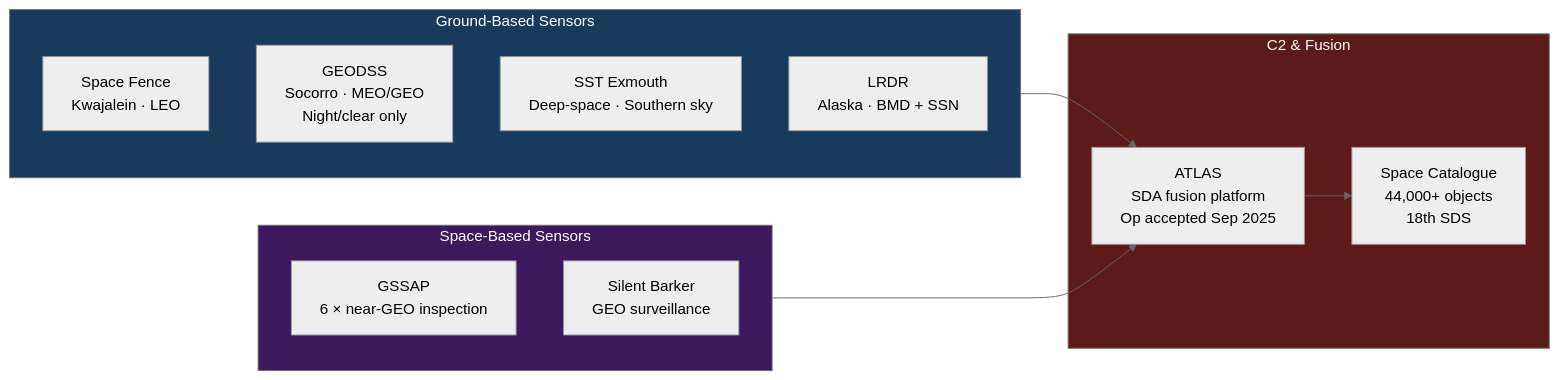
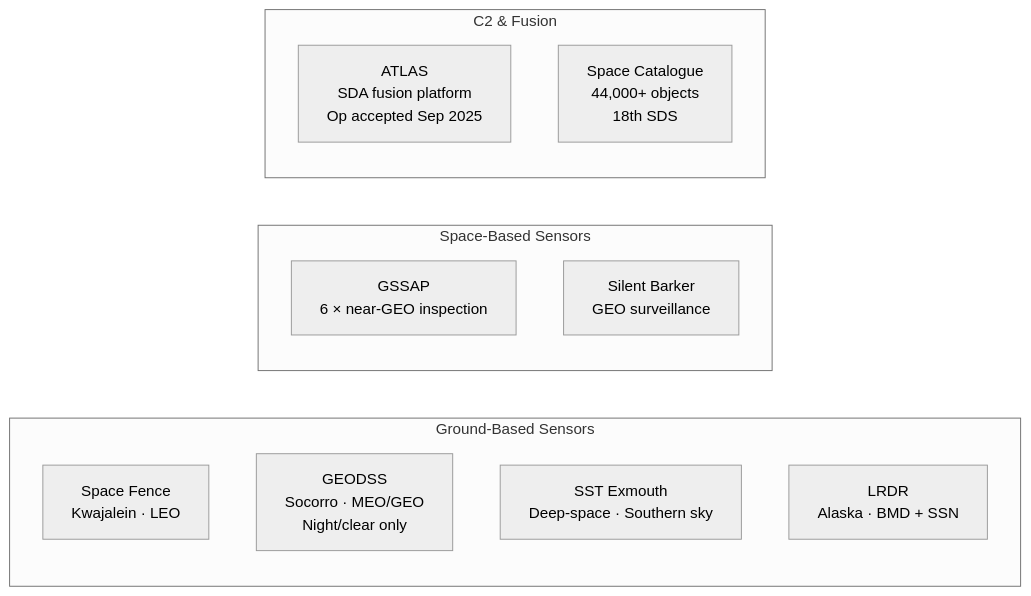
Before and after one commit to mirrorsedgepro-stack/SpaceOpsVault: the diagram in 06-Space-Domain-Awareness/Space Domain Awareness.md, drawn with Mermaid (neutral theme). The commit also changed 10 other files, not shown here.

First line of the commit message:
Fix Mermaid diagrams by replacing \n with <br/>

````diff
--- a/06-Space-Domain-Awareness/Space Domain Awareness.md
+++ b/06-Space-Domain-Awareness/Space Domain Awareness.md
@@ -20,25 +20,17 @@
 ```mermaid
 graph LR
     subgraph Ground["Ground-Based Sensors"]
-        SF["Space Fence\nKwajalein · LEO"]
-        GEO_OPT["GEODSS\nSocorro · MEO/GEO\nNight/clear only"]
-        SST["SST Exmouth\nDeep-space · Southern sky"]
-        LRDR["LRDR\nAlaska · BMD + SSN"]
+        SF["Space Fence<br/>Kwajalein · LEO"]
+        GEO_OPT["GEODSS<br/>Socorro · MEO/GEO<br/>Night/clear only"]
+        SST["SST Exmouth<br/>Deep-space · Southern sky"]
+        LRDR["LRDR<br/>Alaska · BMD + SSN"]
     end
     subgraph Space["Space-Based Sensors"]
-        GSSAP["GSSAP\n6 × near-GEO inspection"]
-        SB["Silent Barker\nGEO surveillance"]
+        GSSAP["GSSAP<br/>6 × near-GEO inspection"]
+        SB["Silent Barker<br/>GEO surveillance"]
     end
     subgraph C2["C2 & Fusion"]
-        ATLAS["ATLAS\nSDA fusion platform\nOp accepted Sep 2025"]
-        CAT["Space Catalogue\n44,000+ objects\n18th SDS"]
+        ATLAS["ATLAS<br/>SDA fusion platform<br/>Op accepted Sep 2025"]
+        CAT["Space Catalogue<br/>44,000+ objects<br/>18th SDS"]
     end
-
-    Ground --> ATLAS
-    Space --> ATLAS
-    ATLAS --> CAT
-
-    style Ground fill:#1a3a5c,color:#fff
-    style Space fill:#3a1a5c,color:#fff
-    style C2 fill:#5c1a1a,color:#fff
 ```
````
